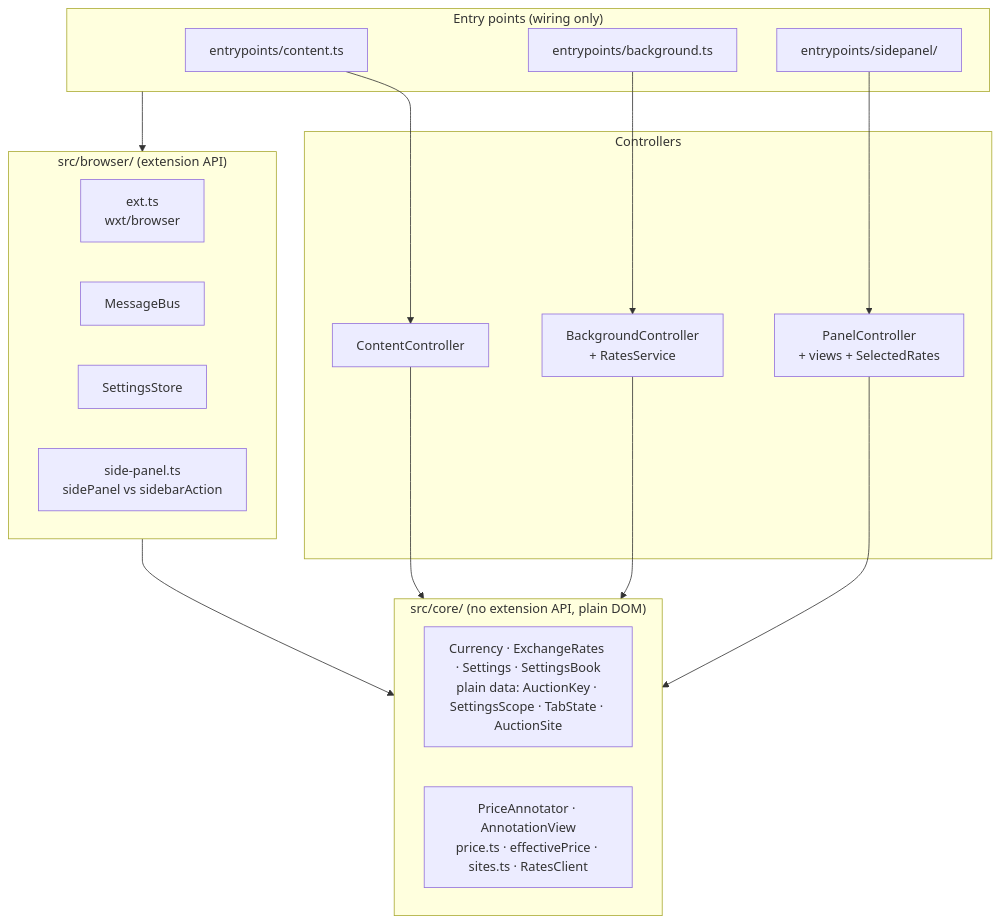
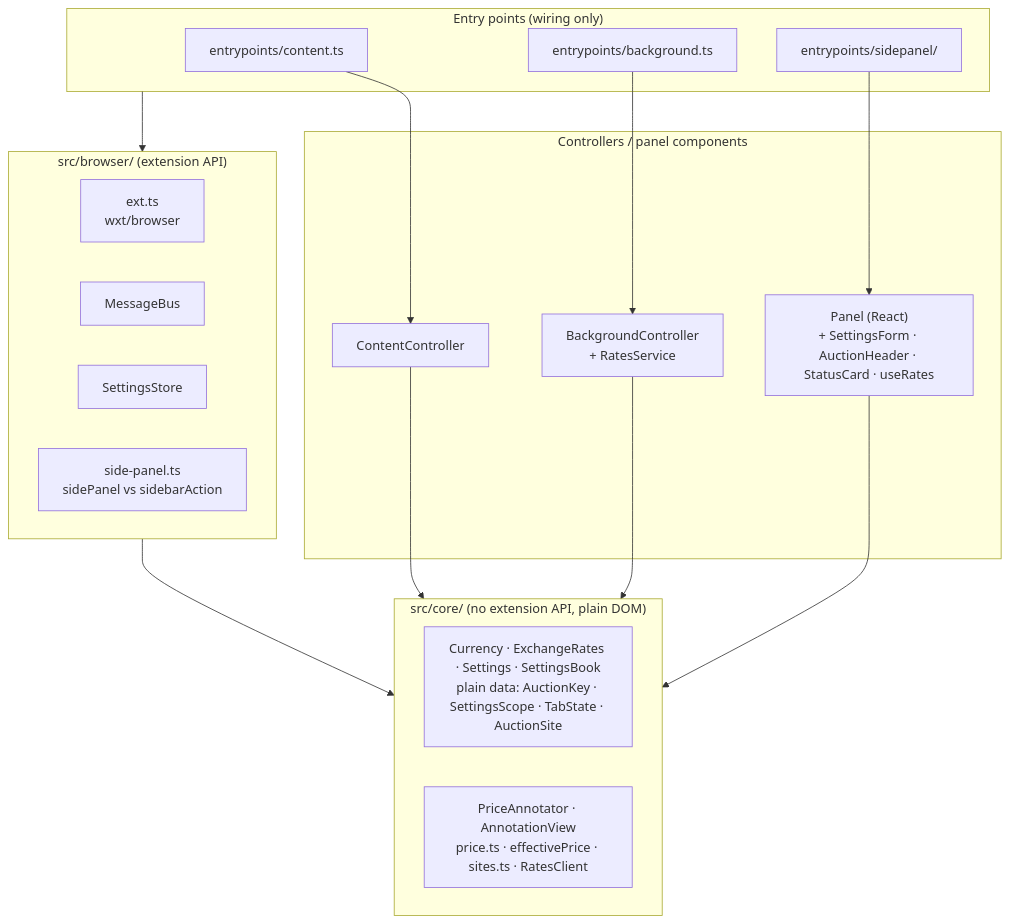
Before and after one commit to radyak/minerva-browserplugin: the first of 8 diagrams in docs/architecture.md, drawn with Mermaid. The commit also changed other lines of this file and 27 other files, not shown here.

First line of the commit message:
feat: [by AI] Render the side panel with React

````diff
--- a/docs/architecture.md
+++ b/docs/architecture.md
@@ -15,32 +15,32 @@
 ```mermaid
 flowchart TB
   subgraph entry["Entry points (wiring only)"]
     content_js["entrypoints/content.ts"]
     background_js["entrypoints/background.ts"]
     panel_js["entrypoints/sidepanel/"]
   end
-  subgraph controllers["Controllers"]
+  subgraph controllers["Controllers / panel components"]
     CC["ContentController"]
     BC["BackgroundController<br/>+ RatesService"]
-    PC["PanelController<br/>+ views + SelectedRates"]
+    PC["Panel (React)<br/>+ SettingsForm · AuctionHeader · StatusCard · useRates"]
   end
   subgraph browser["src/browser/ (extension API)"]
     ext["ext.ts<br/>wxt/browser"]
     bus["MessageBus"]
     store["SettingsStore"]
     side["side-panel.ts<br/>sidePanel vs sidebarAction"]
   end
   subgraph core["src/core/ (no extension API, plain DOM)"]
     domain["Currency · ExchangeRates · Settings · SettingsBook<br/>plain data: AuctionKey · SettingsScope · TabState · AuctionSite"]
     logic["PriceAnnotator · AnnotationView<br/>price.ts · effectivePrice · sites.ts · RatesClient"]
   end
 
   content_js --> CC
   background_js --> BC
   panel_js --> PC
   entry --> browser
   CC --> core
   BC --> core
   PC --> core
   browser --> core
 ```
````
